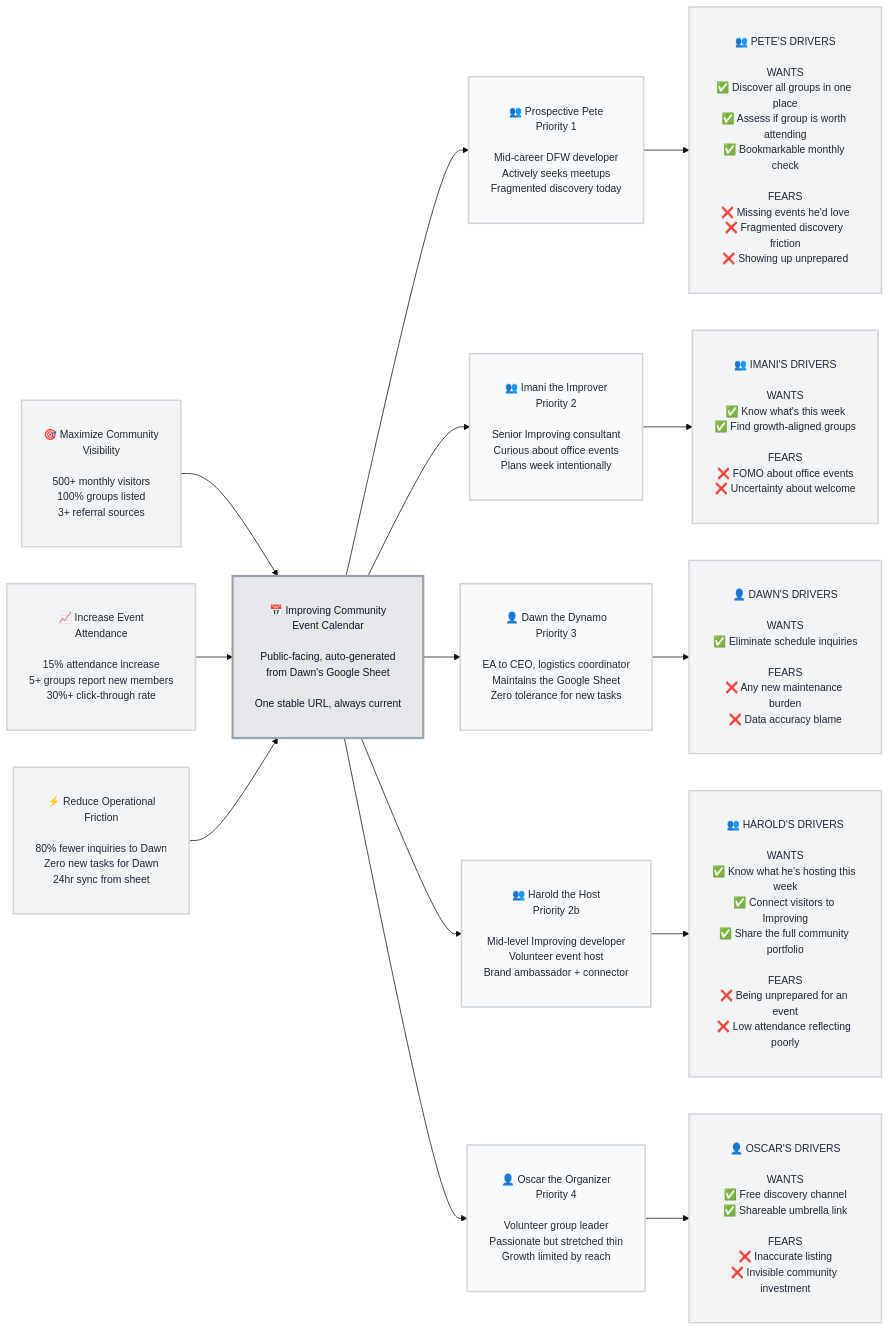
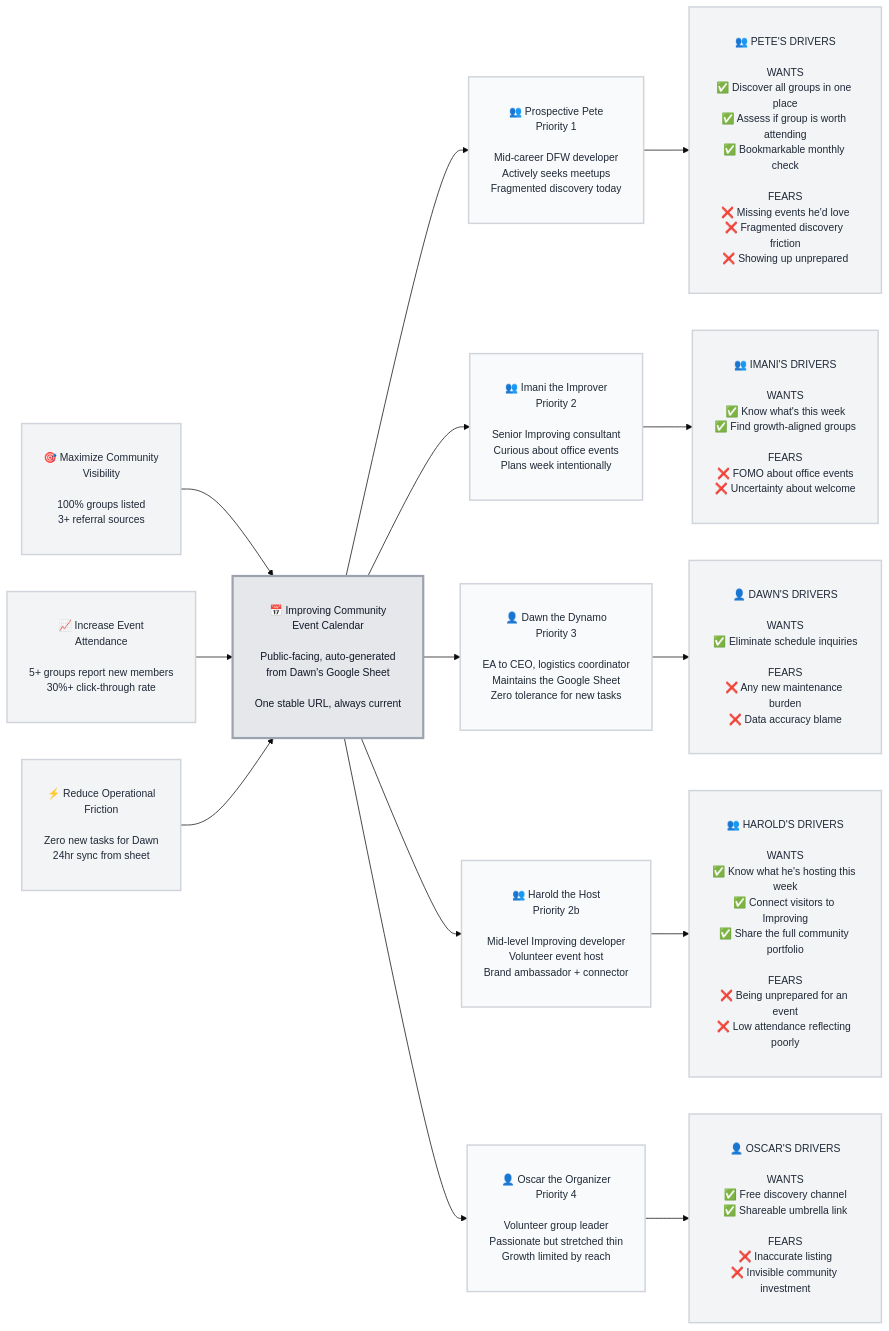
Before and after one commit to masonsteeger/air-pods-cohort-1: the diagram in design-process/B-Trigger-Map/trigger-map.md, drawn with Mermaid. The commit also changed other lines of this file and 3 other files, not shown here.

Commit message:
feat: initialize architecture workflow and PRD for air-pods-cohort-1

````diff
--- a/design-process/B-Trigger-Map/trigger-map.md
+++ b/design-process/B-Trigger-Map/trigger-map.md
@@ -135,51 +135,51 @@
 ```mermaid
 %%{init: {'theme':'base', 'themeVariables': { 'fontFamily':'Inter, system-ui, sans-serif', 'fontSize':'14px'}}}%%
 flowchart LR
     %% Business Goals (Left)
-    BG0["<br/>🎯 Maximize Community<br/>Visibility<br/><br/>500+ monthly visitors<br/>100% groups listed<br/>3+ referral sources<br/><br/>"]
-    BG1["<br/>📈 Increase Event<br/>Attendance<br/><br/>15% attendance increase<br/>5+ groups report new members<br/>30%+ click-through rate<br/><br/>"]
-    BG2["<br/>⚡ Reduce Operational<br/>Friction<br/><br/>80% fewer inquiries to Dawn<br/>Zero new tasks for Dawn<br/>24hr sync from sheet<br/><br/>"]
+    BG0["<br/>🎯 Maximize Community<br/>Visibility<br/><br/>100% groups listed<br/>3+ referral sources<br/><br/>"]
+    BG1["<br/>📈 Increase Event<br/>Attendance<br/><br/>5+ groups report new members<br/>30%+ click-through rate<br/><br/>"]
+    BG2["<br/>⚡ Reduce Operational<br/>Friction<br/><br/>Zero new tasks for Dawn<br/>24hr sync from sheet<br/><br/>"]
 
     %% Central Platform
     PLATFORM["<br/>📅 Improving Community<br/>Event Calendar<br/><br/>Public-facing, auto-generated<br/>from Dawn's Google Sheet<br/><br/>One stable URL, always current<br/><br/>"]
 
     %% Target Groups
     TG0["<br/>👥 Prospective Pete<br/>Priority 1<br/><br/>Mid-career DFW developer<br/>Actively seeks meetups<br/>Fragmented discovery today<br/><br/>"]
     TG1["<br/>👥 Imani the Improver<br/>Priority 2<br/><br/>Senior Improving consultant<br/>Curious about office events<br/>Plans week intentionally<br/><br/>"]
     TG2["<br/>👤 Dawn the Dynamo<br/>Priority 3<br/><br/>EA to CEO, logistics coordinator<br/>Maintains the Google Sheet<br/>Zero tolerance for new tasks<br/><br/>"]
     TG2b["<br/>👥 Harold the Host<br/>Priority 2b<br/><br/>Mid-level Improving developer<br/>Volunteer event host<br/>Brand ambassador + connector<br/><br/>"]
     TG3["<br/>👤 Oscar the Organizer<br/>Priority 4<br/><br/>Volunteer group leader<br/>Passionate but stretched thin<br/>Growth limited by reach<br/><br/>"]
 
     %% Driving Forces
     DF0["<br/>👥 PETE'S DRIVERS<br/><br/>WANTS<br/>✅ Discover all groups in one place<br/>✅ Assess if group is worth attending<br/>✅ Bookmarkable monthly check<br/><br/>FEARS<br/>❌ Missing events he'd love<br/>❌ Fragmented discovery friction<br/>❌ Showing up unprepared<br/><br/>"]
     DF1["<br/>👥 IMANI'S DRIVERS<br/><br/>WANTS<br/>✅ Know what's this week<br/>✅ Find growth-aligned groups<br/><br/>FEARS<br/>❌ FOMO about office events<br/>❌ Uncertainty about welcome<br/><br/>"]
     DF2["<br/>👤 DAWN'S DRIVERS<br/><br/>WANTS<br/>✅ Eliminate schedule inquiries<br/><br/>FEARS<br/>❌ Any new maintenance burden<br/>❌ Data accuracy blame<br/><br/>"]
     DF2b["<br/>👥 HAROLD'S DRIVERS<br/><br/>WANTS<br/>✅ Know what he's hosting this week<br/>✅ Connect visitors to Improving<br/>✅ Share the full community portfolio<br/><br/>FEARS<br/>❌ Being unprepared for an event<br/>❌ Low attendance reflecting poorly<br/><br/>"]
     DF3["<br/>👤 OSCAR'S DRIVERS<br/><br/>WANTS<br/>✅ Free discovery channel<br/>✅ Shareable umbrella link<br/><br/>FEARS<br/>❌ Inaccurate listing<br/>❌ Invisible community investment<br/><br/>"]
 
     %% Connections
     BG0 --> PLATFORM
     BG1 --> PLATFORM
     BG2 --> PLATFORM
     PLATFORM --> TG0
     PLATFORM --> TG1
     PLATFORM --> TG2
     PLATFORM --> TG2b
     PLATFORM --> TG3
     TG0 --> DF0
     TG1 --> DF1
     TG2 --> DF2
     TG2b --> DF2b
     TG3 --> DF3
 
     %% Light Gray Styling with Dark Text
     classDef businessGoal fill:#f3f4f6,color:#1f2937,stroke:#d1d5db,stroke-width:2px
     classDef platform fill:#e5e7eb,color:#111827,stroke:#9ca3af,stroke-width:3px
     classDef targetGroup fill:#f9fafb,color:#1f2937,stroke:#d1d5db,stroke-width:2px
     classDef drivingForces fill:#f3f4f6,color:#1f2937,stroke:#d1d5db,stroke-width:2px
 
     class BG0,BG1,BG2 businessGoal
     class PLATFORM platform
     class TG0,TG1,TG2,TG2b,TG3 targetGroup
     class DF0,DF1,DF2,DF2b,DF3 drivingForces
 ```
````
